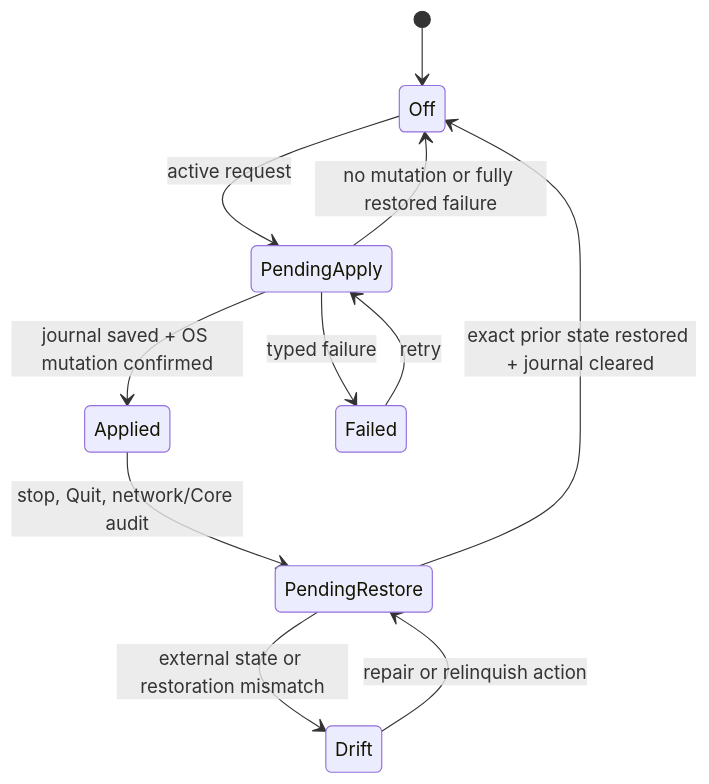
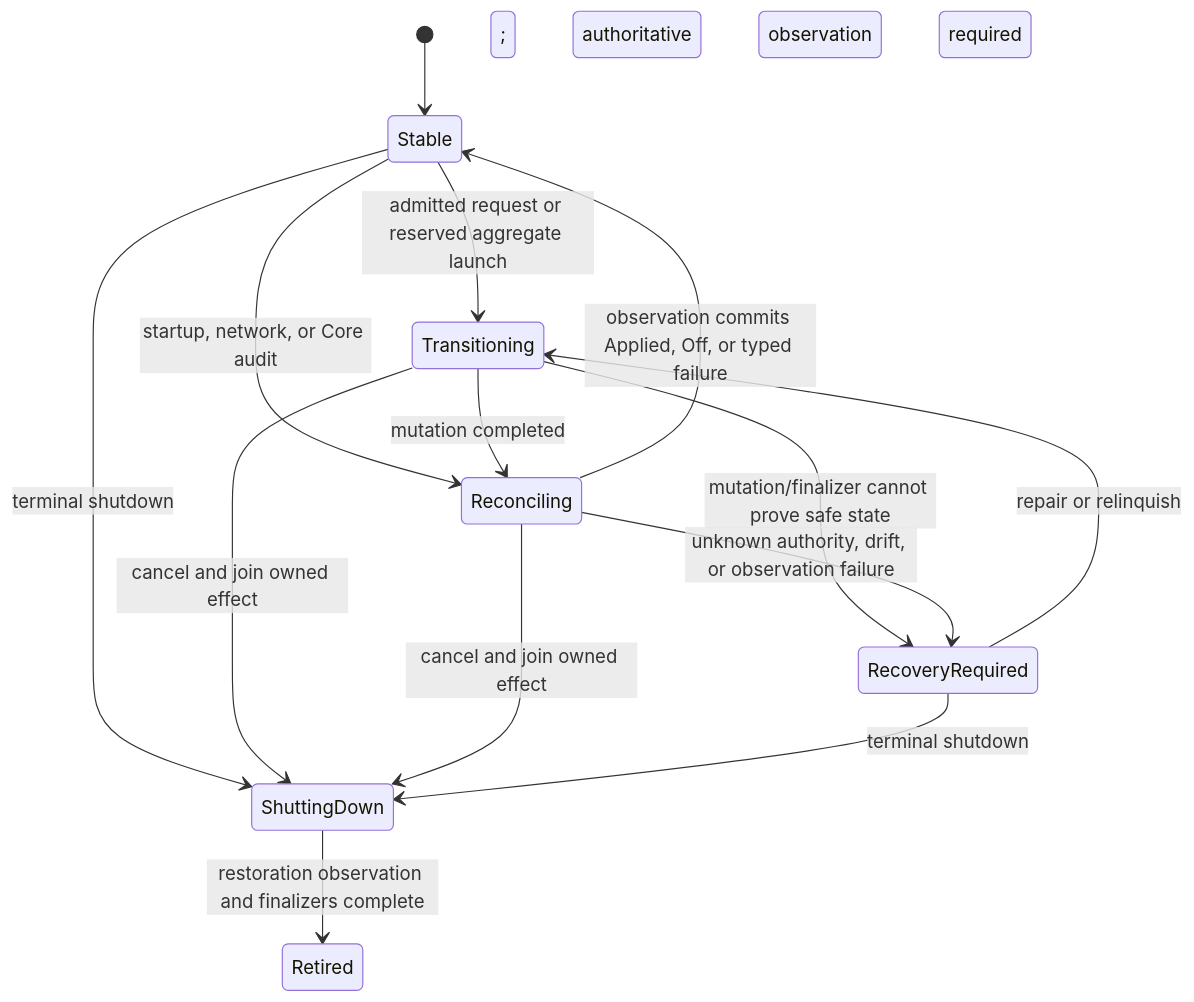
Before and after one commit to Asuka109/mish: the second of 5 diagrams in docs/architecture/state-lifecycle-race-audit.md, drawn with Mermaid. The commit also changed other lines of this file and 14 other files, not shown here.

````diff
--- a/docs/architecture/state-lifecycle-race-audit.md
+++ b/docs/architecture/state-lifecycle-race-audit.md
@@ -175,13 +175,16 @@
 ```mermaid
 stateDiagram-v2
-    [*] --> Off
-    Off --> PendingApply: active request
-    PendingApply --> Applied: journal saved + OS mutation confirmed
-    PendingApply --> Off: no mutation or fully restored failure
-    PendingApply --> Failed: typed failure
-    Applied --> PendingRestore: stop, Quit, network/Core audit
-    PendingRestore --> Off: exact prior state restored + journal cleared
-    PendingRestore --> Drift: external state or restoration mismatch
-    Failed --> PendingApply: retry
-    Drift --> PendingRestore: repair or relinquish action
+    [*] --> Stable
+    Stable --> Transitioning: admitted request or reserved aggregate launch
+    Stable --> Reconciling: startup, network, or Core audit
+    Transitioning --> Reconciling: mutation completed; authoritative observation required
+    Transitioning --> RecoveryRequired: mutation/finalizer cannot prove safe state
+    Reconciling --> Stable: observation commits Applied, Off, or typed failure
+    Reconciling --> RecoveryRequired: unknown authority, drift, or observation failure
+    RecoveryRequired --> Transitioning: repair or relinquish
+    Stable --> ShuttingDown: terminal shutdown
+    Transitioning --> ShuttingDown: cancel and join owned effect
+    Reconciling --> ShuttingDown: cancel and join owned effect
+    RecoveryRequired --> ShuttingDown: terminal shutdown
+    ShuttingDown --> Retired: restoration observation and finalizers complete
 ```
````
